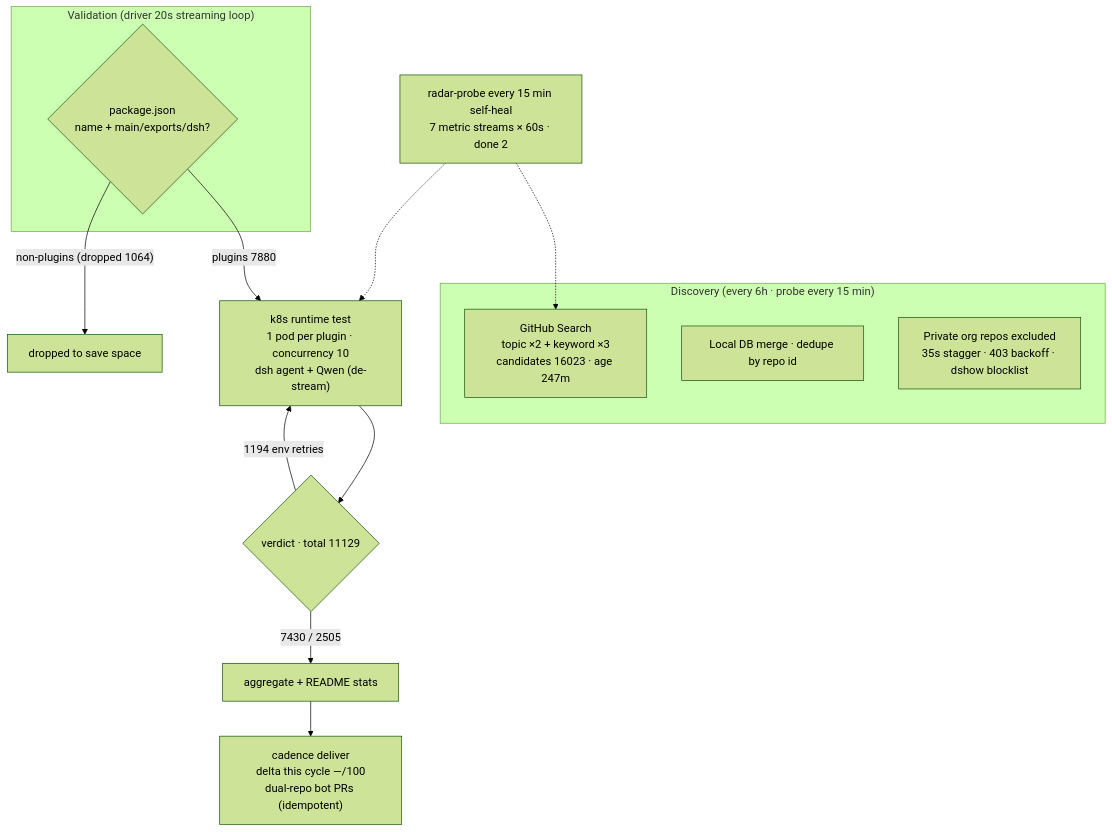
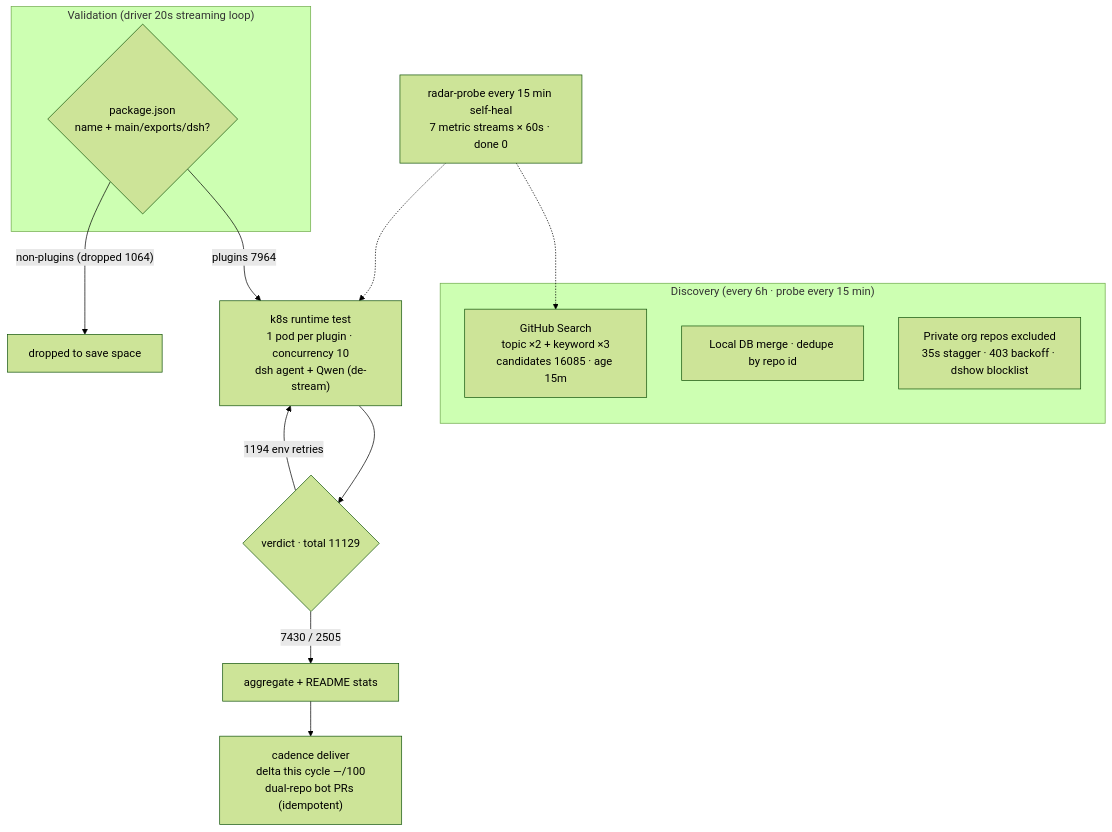
One commit to AdamPlatin123/awesome-dsh-plugins changed the diagram in README.en-US.md. Above: the diagram before and after it, drawn with Mermaid (forest theme). The commit also changed other lines of this file and 4 other files, not shown here.

````diff
--- a/README.en-US.md
+++ b/README.en-US.md
@@ -45,20 +45,20 @@
 ```mermaid
 flowchart TB
     subgraph Discovery["Discovery (every 6h · probe every 15 min)"]
-        A1["GitHub Search<br/>topic ×2 + keyword ×3<br/>candidates 16023 · age 247m"]
+        A1["GitHub Search<br/>topic ×2 + keyword ×3<br/>candidates 16085 · age 15m"]
         A2["Local DB merge · dedupe by repo id"]
         A3["Private org repos excluded<br/>35s stagger · 403 backoff · dshow blocklist"]
     end
     subgraph Validation["Validation (driver 20s streaming loop)"]
         B1{"package.json<br/>name + main/exports/dsh?"}
     end
-    B1 -->|"plugins 7880"| C1["k8s runtime test<br/>1 pod per plugin · concurrency 10<br/>dsh agent + Qwen (de-stream)"]
+    B1 -->|"plugins 7964"| C1["k8s runtime test<br/>1 pod per plugin · concurrency 10<br/>dsh agent + Qwen (de-stream)"]
     B1 -->|"non-plugins (dropped 1064)"| B3["dropped to save space"]
     C1 --> D1{"verdict · total 11129"}
     D1 -->|"7430 / 2505"| E1["aggregate + README stats"]
     D1 -->|"1194 env retries"| C1
     E1 --> E2["cadence deliver<br/>delta this cycle —/100<br/>dual-repo bot PRs (idempotent)"]
-    M["radar-probe every 15 min self-heal<br/>7 metric streams × 60s · done 2"]
+    M["radar-probe every 15 min self-heal<br/>7 metric streams × 60s · done 0"]
     M -.-> A1
     M -.-> C1
 ```
````
